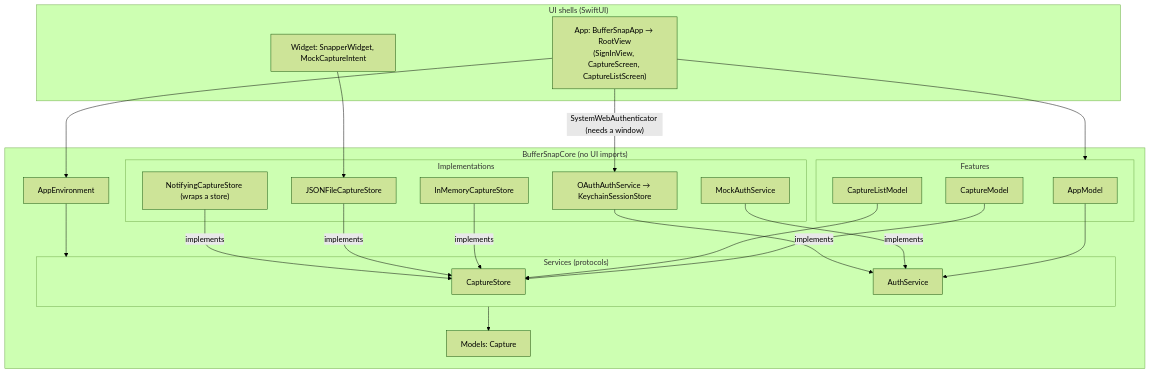
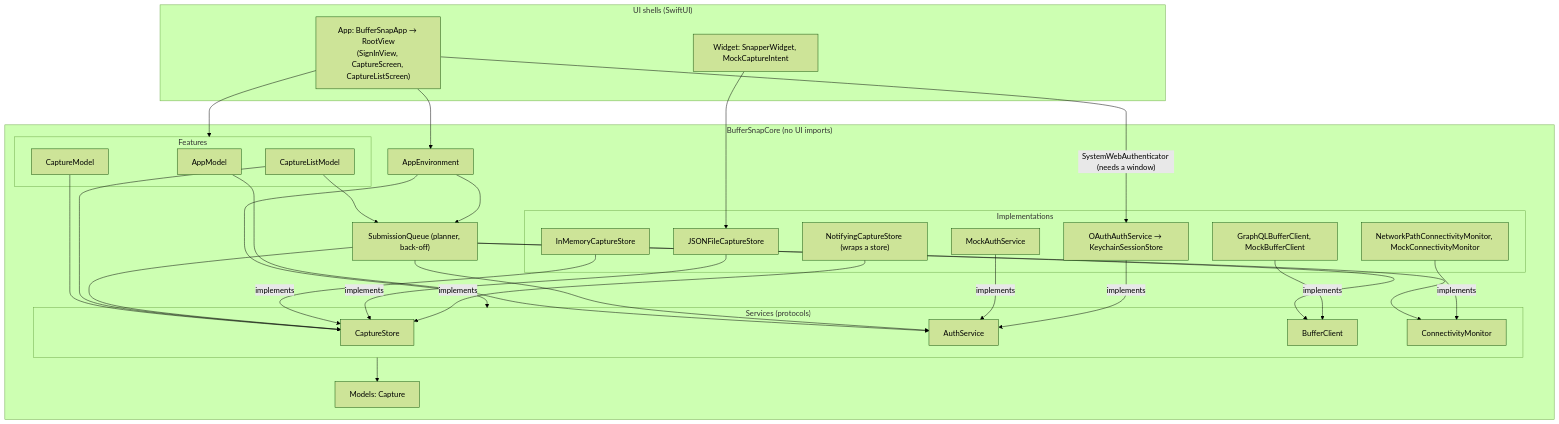
One commit to southp/buffer-snap changed the first of 4 diagrams in docs/architecture.md. Above: the diagram before and after it, drawn with Mermaid (forest theme). The commit also changed other lines of this file, not shown here.

First line of the commit message:
Docs: Describe sending to Buffer in the architecture

````diff
--- a/docs/architecture.md
+++ b/docs/architecture.md
@@ -28,43 +29,56 @@
 ```mermaid
 flowchart TD
     subgraph shells["UI shells (SwiftUI)"]
         App["App: BufferSnapApp → RootView<br/>(SignInView, CaptureScreen, CaptureListScreen)"]
         Widget["Widget: SnapperWidget, MockCaptureIntent"]
     end
 
     subgraph core["BufferSnapCore (no UI imports)"]
         Env["AppEnvironment"]
         subgraph features["Features"]
             AppModel["AppModel"]
             CaptureModel["CaptureModel"]
             CaptureListModel["CaptureListModel"]
         end
         subgraph services["Services (protocols)"]
             CaptureStore["CaptureStore"]
             AuthService["AuthService"]
+            BufferClient["BufferClient"]
+            Connectivity["ConnectivityMonitor"]
         end
+        Queue["SubmissionQueue (planner, back-off)"]
         subgraph impls["Implementations"]
             InMemory["InMemoryCaptureStore"]
             MockAuth["MockAuthService"]
             FileStore["JSONFileCaptureStore"]
             Notifying["NotifyingCaptureStore (wraps a store)"]
             OAuth["OAuthAuthService → KeychainSessionStore"]
+            GraphQL["GraphQLBufferClient, MockBufferClient"]
+            Path["NetworkPathConnectivityMonitor, MockConnectivityMonitor"]
         end
         Capture["Models: Capture"]
     end
 
     App --> Env
     App --> features
     Widget --> FileStore
     Env --> services
     AppModel --> AuthService
     CaptureModel --> CaptureStore
     CaptureListModel --> CaptureStore
+    CaptureListModel --> Queue
+    Env --> Queue
+    Queue --> CaptureStore
+    Queue --> AuthService
+    Queue --> BufferClient
+    Queue --> Connectivity
     InMemory -->|implements| CaptureStore
     FileStore -->|implements| CaptureStore
     Notifying -->|implements| CaptureStore
     MockAuth -->|implements| AuthService
     OAuth -->|implements| AuthService
+    GraphQL -->|implements| BufferClient
+    Path -->|implements| Connectivity
     App -->|"SystemWebAuthenticator (needs a window)"| OAuth
     services --> Capture
 ```
````
